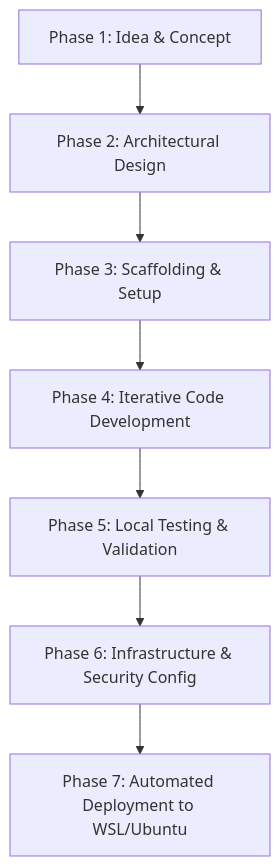
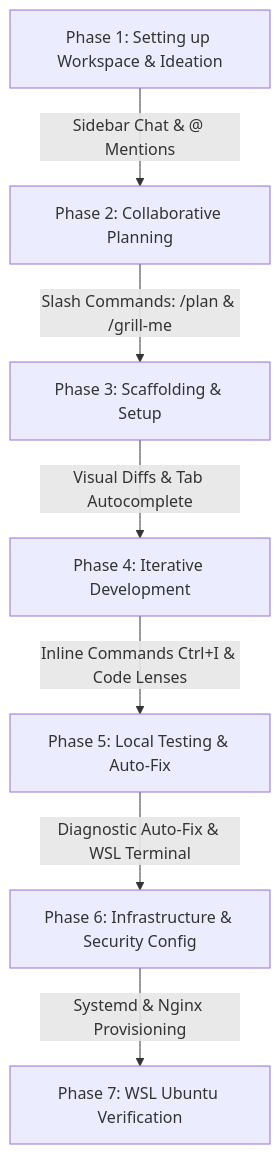
One commit to Richie086/scripts-public changed the diagram in projects/terminus/build-from-scratch/dev_workflow_guide.md. Above: the diagram before and after it, drawn with Mermaid. The commit also changed other lines of this file, not shown here.

Commit message:
docs(terminus): Refactor dev guide to focus on Windows Antigravity IDE and WSL

````diff
--- a/projects/terminus/build-from-scratch/dev_workflow_guide.md
+++ b/projects/terminus/build-from-scratch/dev_workflow_guide.md
@@ -8,9 +8,9 @@
 ```mermaid
 graph TD
-    A[Phase 1: Idea & Concept] --> B[Phase 2: Architectural Design]
-    B --> C[Phase 3: Scaffolding & Setup]
-    C --> D[Phase 4: Iterative Code Development]
-    D --> E[Phase 5: Local Testing & Validation]
-    E --> F[Phase 6: Infrastructure & Security Config]
-    F --> G[Phase 7: Automated Deployment to WSL/Ubuntu]
+    A[Phase 1: Setting up Workspace & Ideation] -->|Sidebar Chat & @ Mentions| B[Phase 2: Collaborative Planning]
+    B -->|Slash Commands: /plan & /grill-me| C[Phase 3: Scaffolding & Setup]
+    C -->|Visual Diffs & Tab Autocomplete| D[Phase 4: Iterative Development]
+    D -->|Inline Commands Ctrl+I & Code Lenses| E[Phase 5: Local Testing & Auto-Fix]
+    E -->|Diagnostic Auto-Fix & WSL Terminal| F[Phase 6: Infrastructure & Security Config]
+    F -->|Systemd & Nginx Provisioning| G[Phase 7: WSL Ubuntu Verification]
 ```
````
